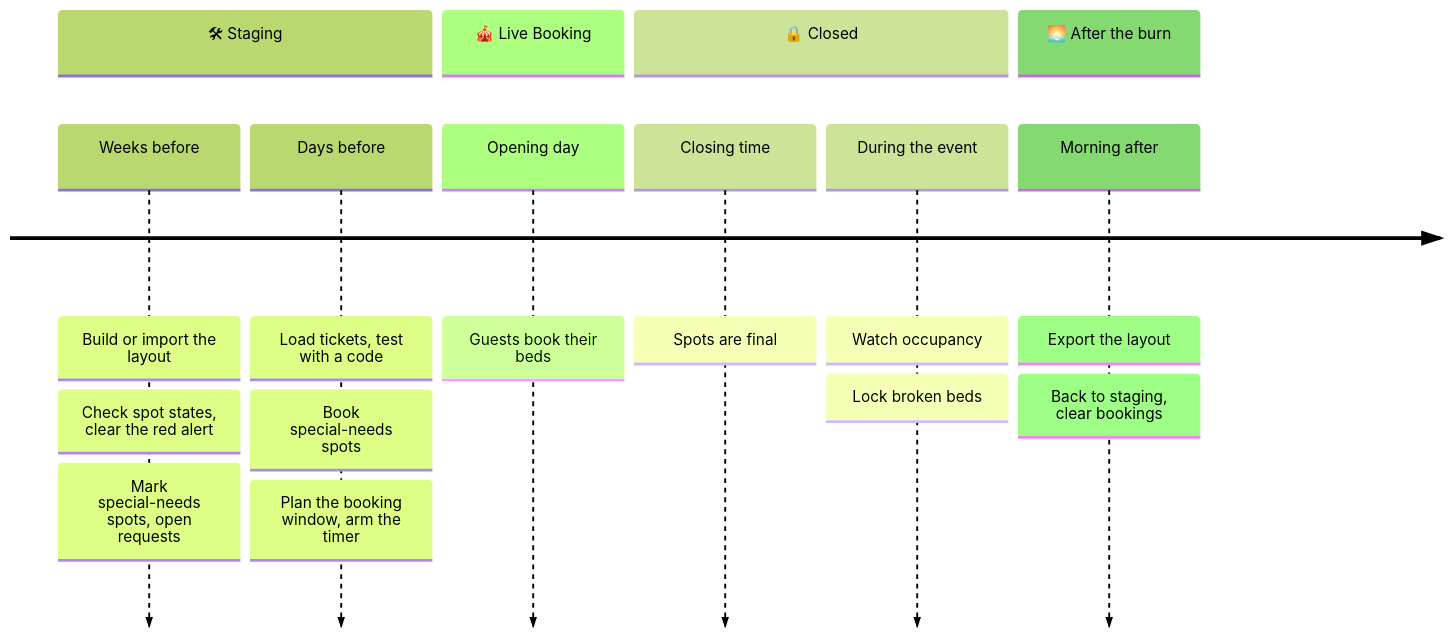
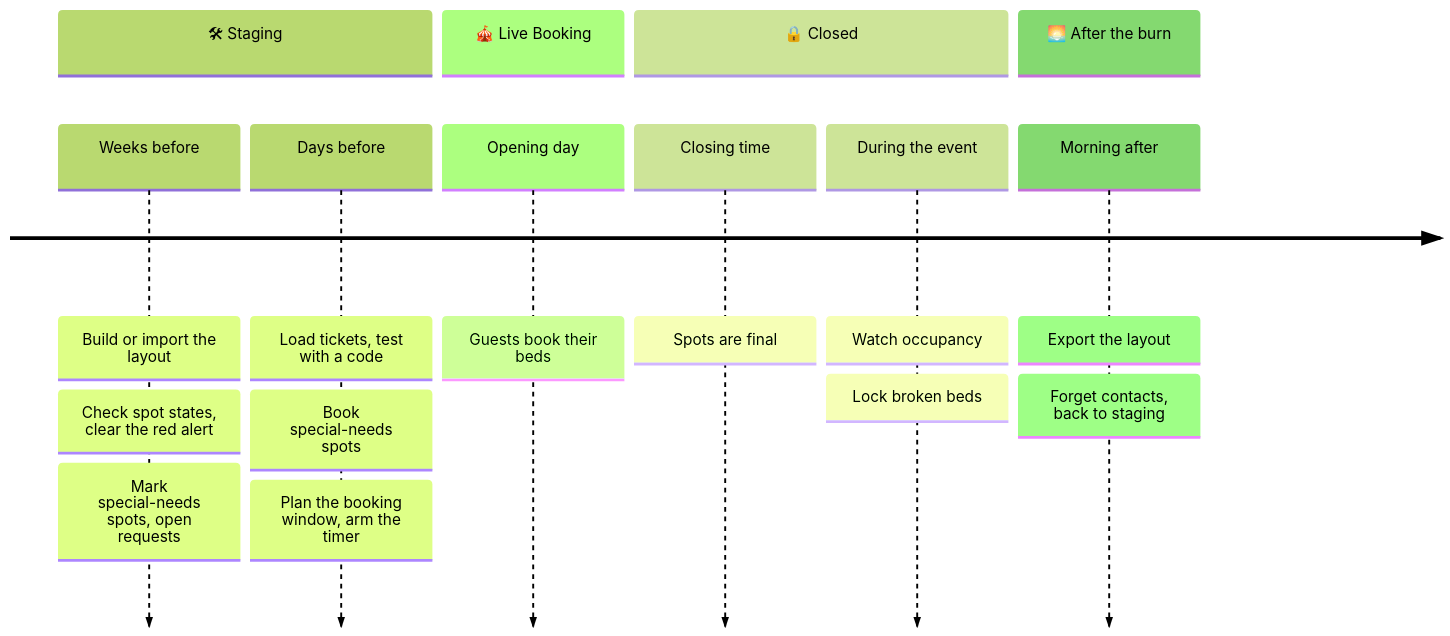
Before and after one commit to MorpheusMXML/hamburn-cozynights: the diagram in docs/admin/event-checklist.md, drawn with Mermaid (forest theme). The commit also changed other lines of this file and 41 other files, not shown here.

````diff
--- a/docs/admin/event-checklist.md
+++ b/docs/admin/event-checklist.md
@@ -5,13 +5,13 @@
 ```mermaid
 timeline
   section 🛠 Staging
     Weeks before : Build or import the layout : Check spot states, clear the red alert : Mark special-needs spots, open requests
     Days before : Load tickets, test with a code : Book special-needs spots : Plan the booking window, arm the timer
   section 🎪 Live Booking
     Opening day : Guests book their beds
   section 🔒 Closed
     Closing time : Spots are final
     During the event : Watch occupancy : Lock broken beds
   section 🌅 After the burn
-    Morning after : Export the layout : Back to staging, clear bookings
+    Morning after : Export the layout : Forget contacts, back to staging
 ```
````
